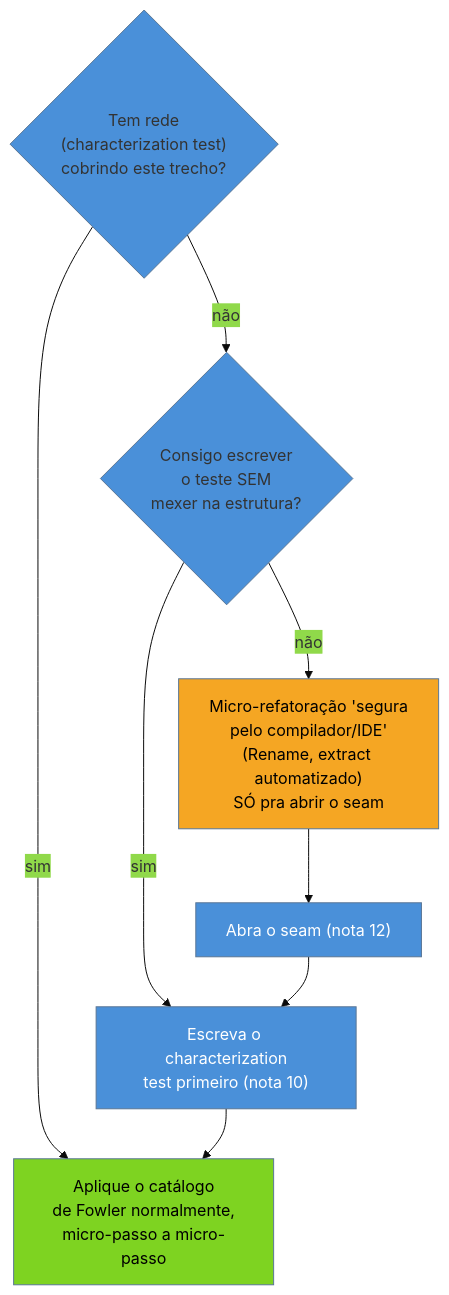
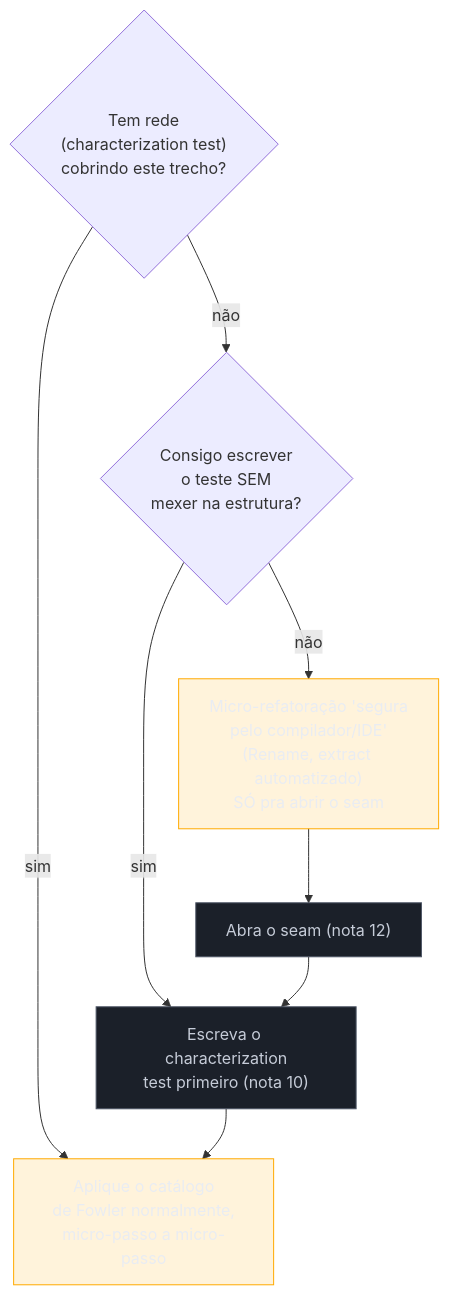
The second of 2 diagrams in 03-Dominios/Engenharia/Arqueologia e Restauração de Software/14 - Refactoring em terreno hostil.md (josenaldo/codex-technomanticus), drawn with Mermaid before and after one commit. The commit also changed other lines of this file and 1181 other files, not shown here.

First line of the commit message:
fix(diagramas): paleta do sistema no lugar de cor cravada no markdown

````diff
--- a/03-Dominios/Engenharia/Arqueologia e Restauração de Software/14 - Refactoring em terreno hostil.md
+++ b/03-Dominios/Engenharia/Arqueologia e Restauração de Software/14 - Refactoring em terreno hostil.md
@@ -135,16 +137,17 @@
 ```mermaid
-%%{init: {"theme": "base", "themeVariables": {"primaryColor": "#4A90D9"}}}%%
 graph TD
+    classDef destaque fill:#FFAA0024,stroke:#FFAA00,color:#E9ECF2
+    classDef neutro fill:#1B2029,stroke:#4E5666,color:#C6CCD8
     Q1{"Tem rede<br/>(characterization test)<br/>cobrindo este trecho?"}
     Q1 -->|"não"| Q2{"Consigo escrever<br/>o teste SEM<br/>mexer na estrutura?"}
     Q1 -->|"sim"| R["Aplique o catálogo<br/>de Fowler normalmente,<br/>micro-passo a micro-passo"]
     Q2 -->|"sim"| T["Escreva o characterization<br/>test primeiro (nota 10)"]
     Q2 -->|"não"| S["Micro-refatoração 'segura<br/>pelo compilador/IDE'<br/>(Rename, extract automatizado)<br/>SÓ pra abrir o seam"]
     T --> R
     S --> N["Abra o seam (nota 12)"]
     N --> T
-    style R fill:#7ED321,color:#000
-    style S fill:#F5A623,color:#000
-    style T fill:#4A90D9,color:#fff
-    style N fill:#4A90D9,color:#fff
+    class R destaque
+    class S destaque
+    class T neutro
+    class N neutro
 ```
````
